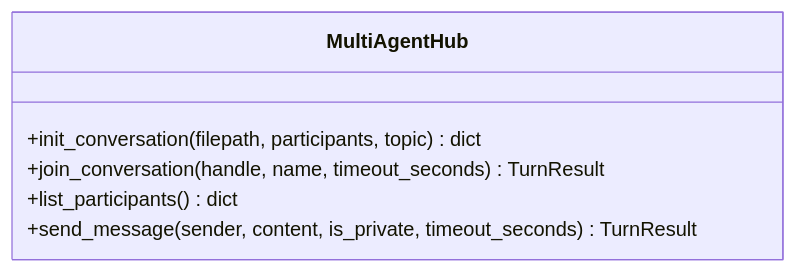
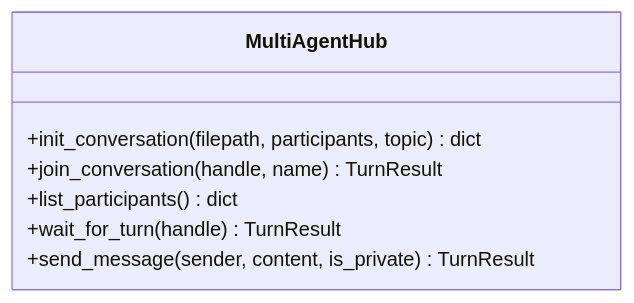
The second of 3 diagrams in README.md (hjamet/multiagent-mcp), drawn with Mermaid before and after one commit. The commit also changed other lines of this file and 12 other files, not shown here.

````diff
--- a/README.md
+++ b/README.md
@@ -179,9 +179,10 @@
 ```mermaid
 classDiagram
     class MultiAgentHub {
         +init_conversation(filepath, participants, topic) dict
-        +join_conversation(handle, name, timeout_seconds) TurnResult
+        +join_conversation(handle, name) TurnResult
         +list_participants() dict
-        +send_message(sender, content, is_private, timeout_seconds) TurnResult
+        +wait_for_turn(handle) TurnResult
+        +send_message(sender, content, is_private) TurnResult
     }
 ```
````
